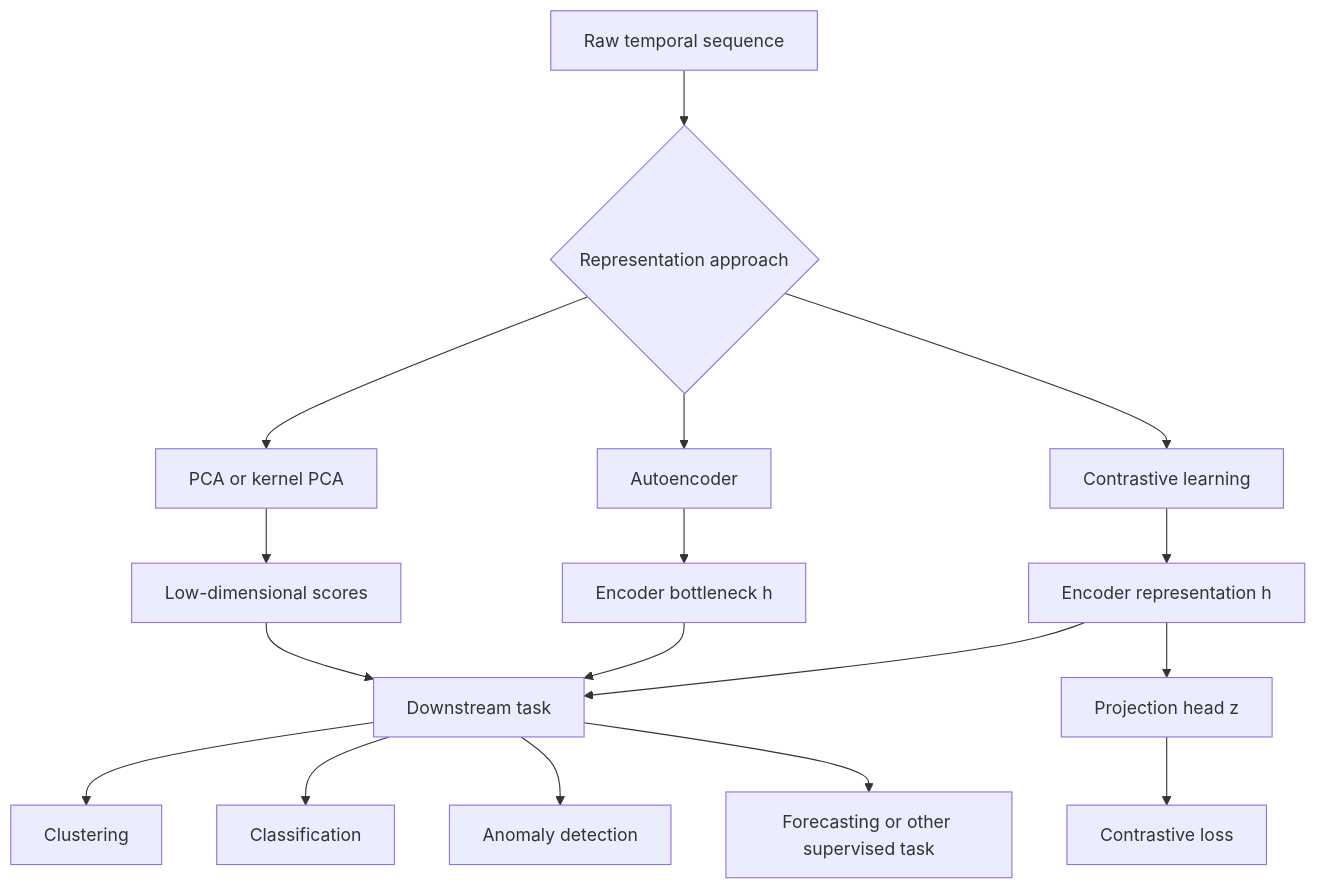
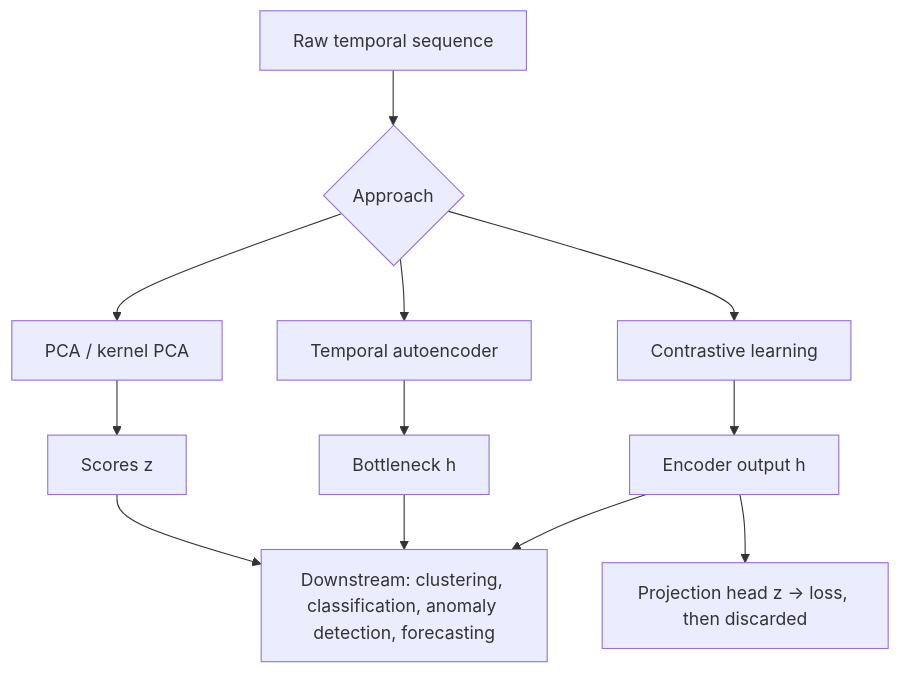
Before and after one commit to hhsieh14/AI-courses-notes-reader: the diagram in courses/modern-temporal-learning/notes/10_representation_learning.md, drawn with Mermaid. The commit also changed other lines of this file and 20 other files, not shown here.

````diff
--- a/courses/modern-temporal-learning/notes/10_representation_learning.md
+++ b/courses/modern-temporal-learning/notes/10_representation_learning.md
@@ -1293,22 +216,12 @@
 ```mermaid
 flowchart TD
-    A[Raw temporal sequence] --> B{Representation approach}
-    B --> C[PCA or kernel PCA]
-    B --> D[Autoencoder]
+    A[Raw temporal sequence] --> B{Approach}
+    B --> C[PCA / kernel PCA]
+    B --> D[Temporal autoencoder]
     B --> E[Contrastive learning]
-
-    C --> F[Low-dimensional scores]
-    D --> G[Encoder bottleneck h]
-    E --> H[Encoder representation h]
-    H --> I[Projection head z]
-    I --> J[Contrastive loss]
-
-    F --> K[Downstream task]
-    G --> K
-    H --> K
-
-    K --> L[Clustering]
-    K --> M[Classification]
-    K --> N[Anomaly detection]
-    K --> O[Forecasting or other supervised task]
+    C --> F[Scores z]
+    D --> G[Bottleneck h]
+    E --> H[Encoder output h]
+    H --> I[Projection head z → loss, then discarded]
+    F & G & H --> K[Downstream: clustering, classification, anomaly detection, forecasting]
 ```
````
